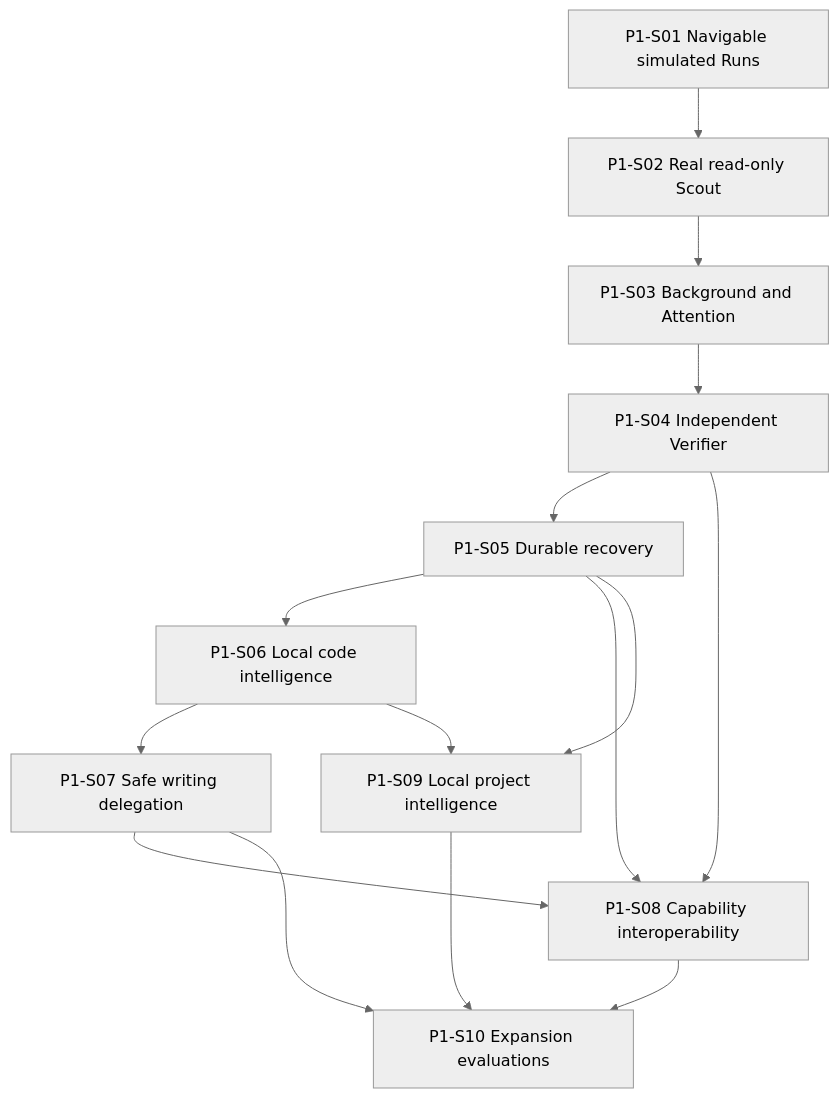
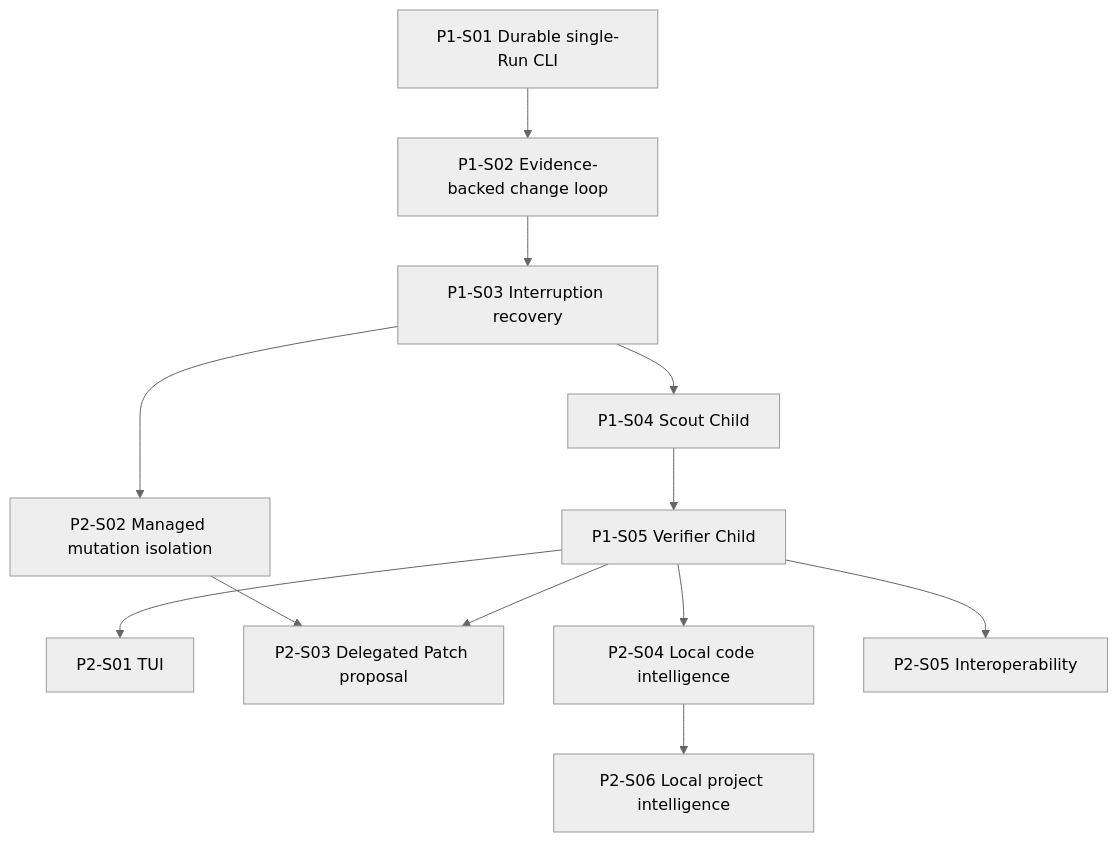
Before and after one commit to jenksed/invariant-system: the diagram in docs/ROADMAP.md, drawn with Mermaid (neutral theme). The commit also changed other lines of this file, not shown here.

Commit message:
docs: replace roadmap with change-loop-first sequence

````diff
--- a/docs/ROADMAP.md
+++ b/docs/ROADMAP.md
@@ -293,20 +361,15 @@
 ```mermaid
 flowchart TD
-    S1[P1-S01 Navigable simulated Runs] --> S2[P1-S02 Real read-only Scout]
-    S2 --> S3[P1-S03 Background and Attention]
-    S3 --> S4[P1-S04 Independent Verifier]
-    S4 --> S5[P1-S05 Durable recovery]
-    S5 --> S6[P1-S06 Local code intelligence]
-    S6 --> S7[P1-S07 Safe writing delegation]
+    S1[P1-S01 Durable single-Run CLI] --> S2[P1-S02 Evidence-backed change loop]
+    S2 --> S3[P1-S03 Interruption recovery]
+    S3 --> S4[P1-S04 Scout Child]
+    S4 --> S5[P1-S05 Verifier Child]
 
-    S5 --> S8[P1-S08 Capability interoperability]
-    S4 --> S8
-    S7 --> S8
-
-    S5 --> S9[P1-S09 Local project intelligence]
-    S6 --> S9
-
-    S7 --> S10[P1-S10 Expansion evaluations]
-    S8 --> S10
-    S9 --> S10
+    S5 --> TUI[P2-S01 TUI]
+    S3 --> WT[P2-S02 Managed mutation isolation]
+    S5 --> PATCH[P2-S03 Delegated Patch proposal]
+    WT --> PATCH
+    S5 --> CODE[P2-S04 Local code intelligence]
+    S5 --> INTEROP[P2-S05 Interoperability]
+    CODE --> KNOW[P2-S06 Local project intelligence]
 ```
````
